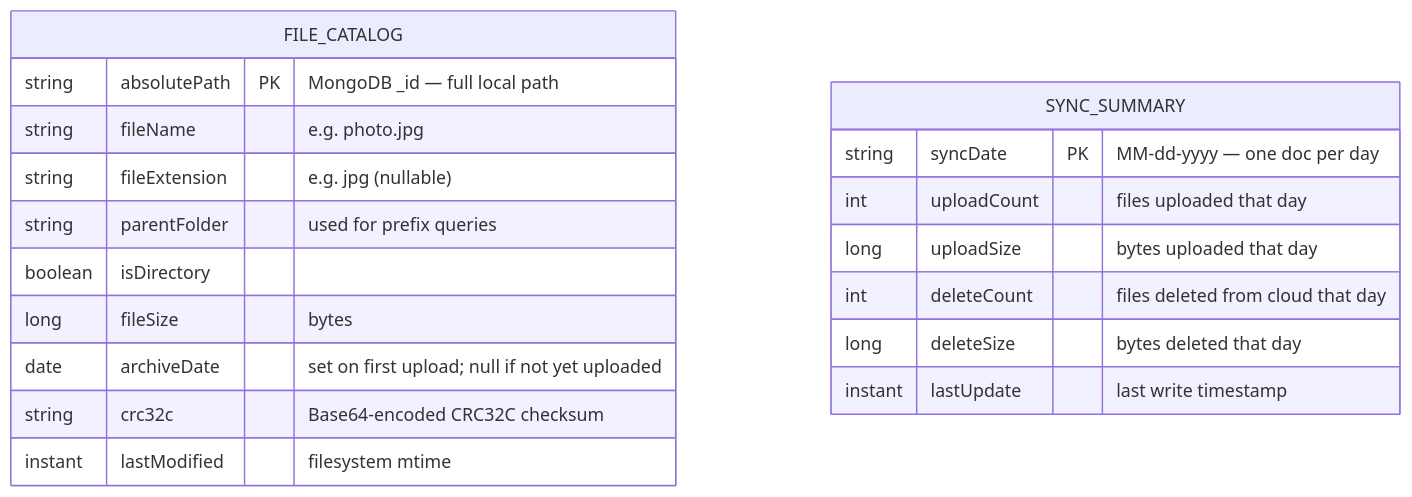
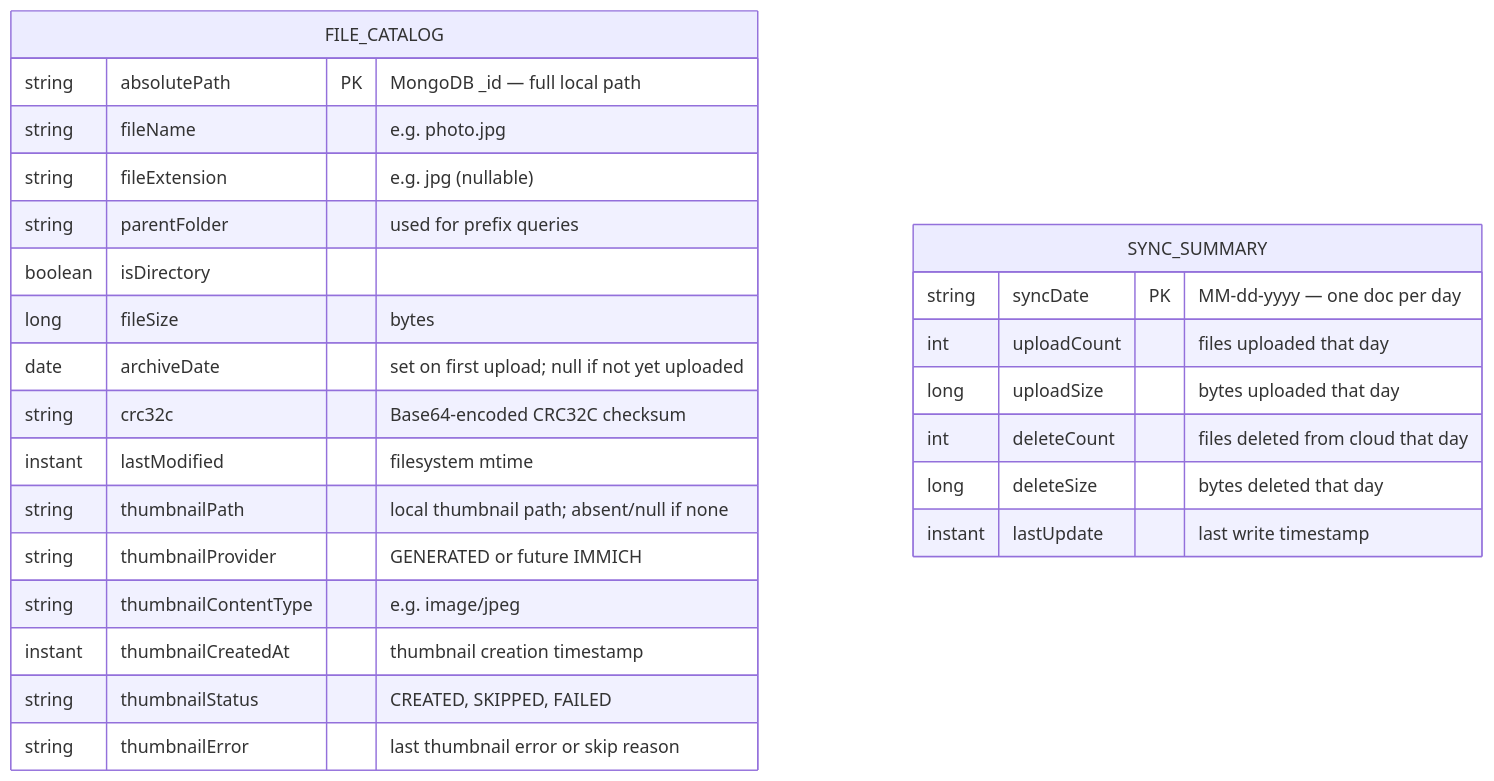
The first of 2 diagrams in docs/data-model.md (ringuerel/cloud-archiver), drawn with Mermaid before and after one commit. The commit also changed 23 other files, not shown here.

````diff
--- a/docs/data-model.md
+++ b/docs/data-model.md
@@ -9,23 +9,29 @@
 ```mermaid
 erDiagram
     FILE_CATALOG {
         string absolutePath PK "MongoDB _id — full local path"
         string fileName "e.g. photo.jpg"
         string fileExtension "e.g. jpg (nullable)"
         string parentFolder "used for prefix queries"
         boolean isDirectory
         long fileSize "bytes"
         date archiveDate "set on first upload; null if not yet uploaded"
         string crc32c "Base64-encoded CRC32C checksum"
         instant lastModified "filesystem mtime"
+        string thumbnailPath "local thumbnail path; absent/null if none"
+        string thumbnailProvider "GENERATED or future IMMICH"
+        string thumbnailContentType "e.g. image/jpeg"
+        instant thumbnailCreatedAt "thumbnail creation timestamp"
+        string thumbnailStatus "CREATED, SKIPPED, FAILED"
+        string thumbnailError "last thumbnail error or skip reason"
     }
 
     SYNC_SUMMARY {
         string syncDate PK "MM-dd-yyyy — one doc per day"
         int uploadCount "files uploaded that day"
         long uploadSize "bytes uploaded that day"
         int deleteCount "files deleted from cloud that day"
         long deleteSize "bytes deleted that day"
         instant lastUpdate "last write timestamp"
     }
 ```
````
